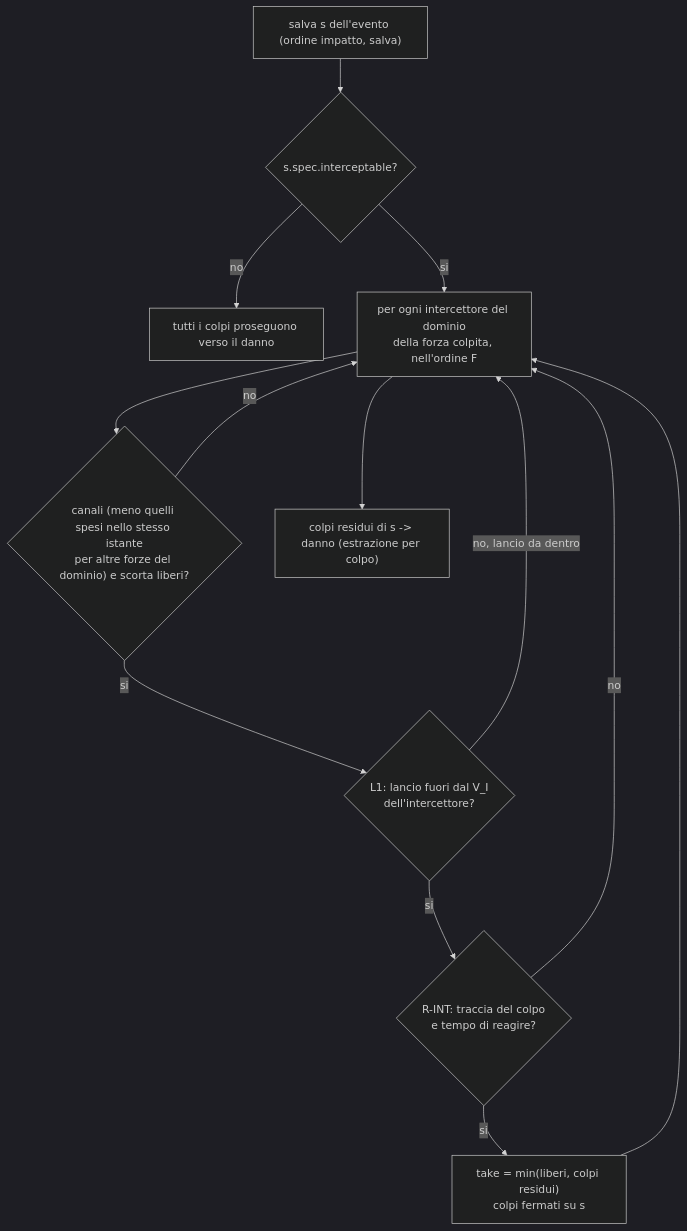
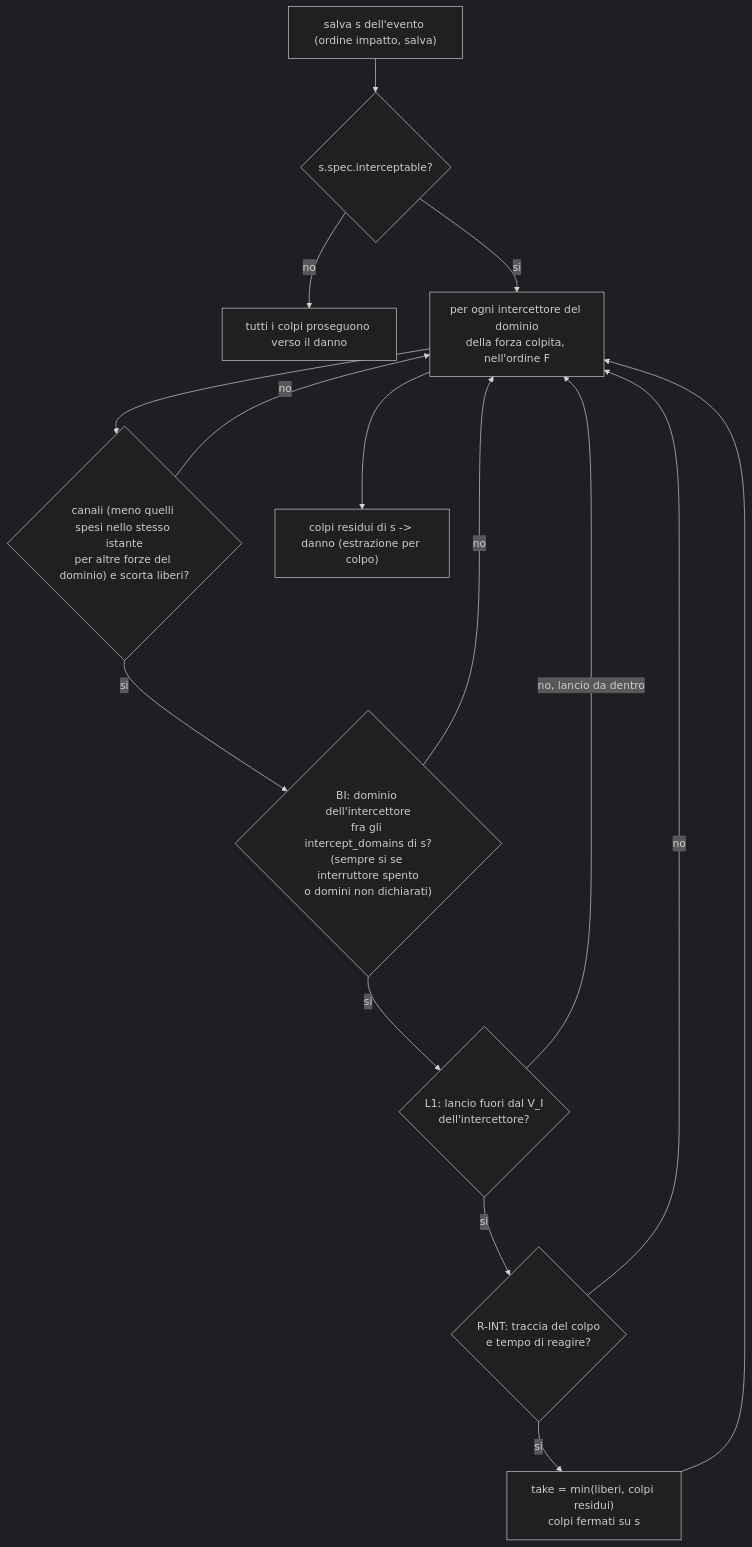
Before and after one commit to MakusIV/Warfare-Model: diagram 12 of 24 in Analysis/Document/Manuale_Motore_DES/05_Strato2_Risolutore_Ingaggio.md, drawn with Mermaid (dark theme). The commit also changed other lines of this file and 6 other files, not shown here.

````diff
--- a/Analysis/Document/Manuale_Motore_DES/05_Strato2_Risolutore_Ingaggio.md
+++ b/Analysis/Document/Manuale_Motore_DES/05_Strato2_Risolutore_Ingaggio.md
@@ -1722,15 +1869,17 @@
 ```mermaid
 flowchart TD
     S["salva s dell'evento (ordine impatto, salva)"] --> I{"s.spec.interceptable?"}
     I -->|no| W["tutti i colpi proseguono verso il danno"]
     I -->|si| L["per ogni intercettore del dominio<br/>della forza colpita, nell'ordine F"]
     L --> F{"canali (meno quelli spesi nello stesso istante<br/>per altre forze del dominio) e scorta liberi?"}
     F -->|no| L
-    F -->|si| G{"L1: lancio fuori dal V_I<br/>dell'intercettore?"}
+    F -->|si| B{"BI: dominio dell'intercettore<br/>fra gli intercept_domains di s?<br/>(sempre si se interruttore spento<br/>o domini non dichiarati)"}
+    B -->|no| L
+    B -->|si| G{"L1: lancio fuori dal V_I<br/>dell'intercettore?"}
     G -->|no, lancio da dentro| L
     G -->|si| T{"R-INT: traccia del colpo<br/>e tempo di reagire?"}
     T -->|no| L
     T -->|si| K["take = min(liberi, colpi residui)<br/>colpi fermati su s"]
     K --> L
     L --> R["colpi residui di s -> danno (estrazione per colpo)"]
 ```
````
